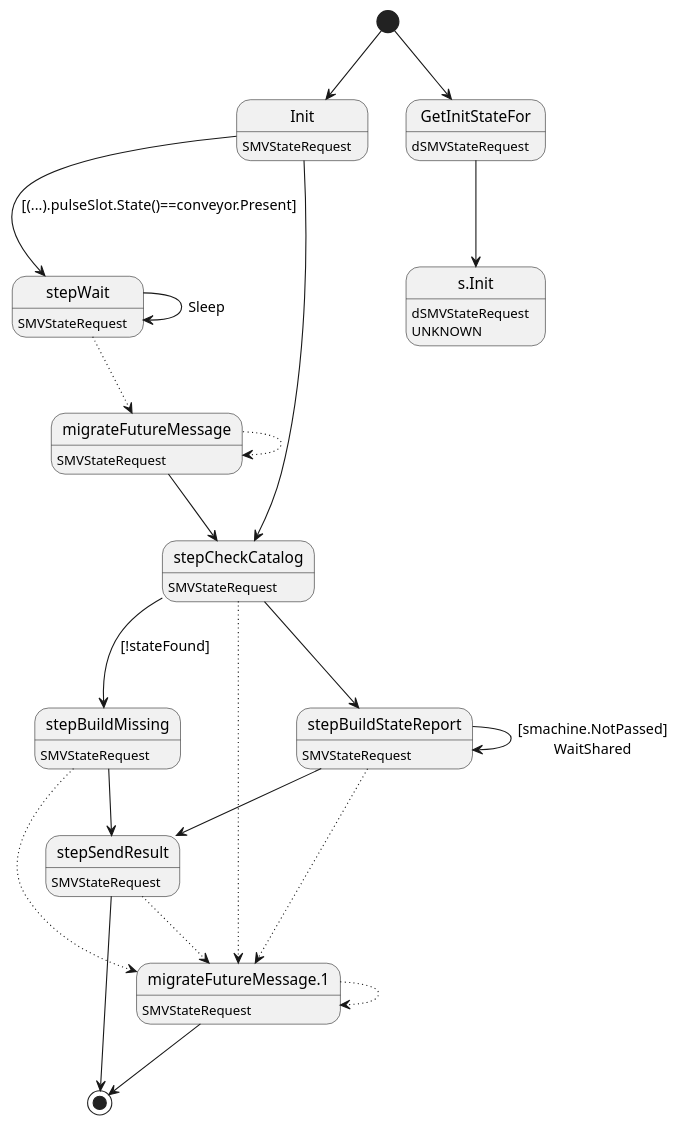
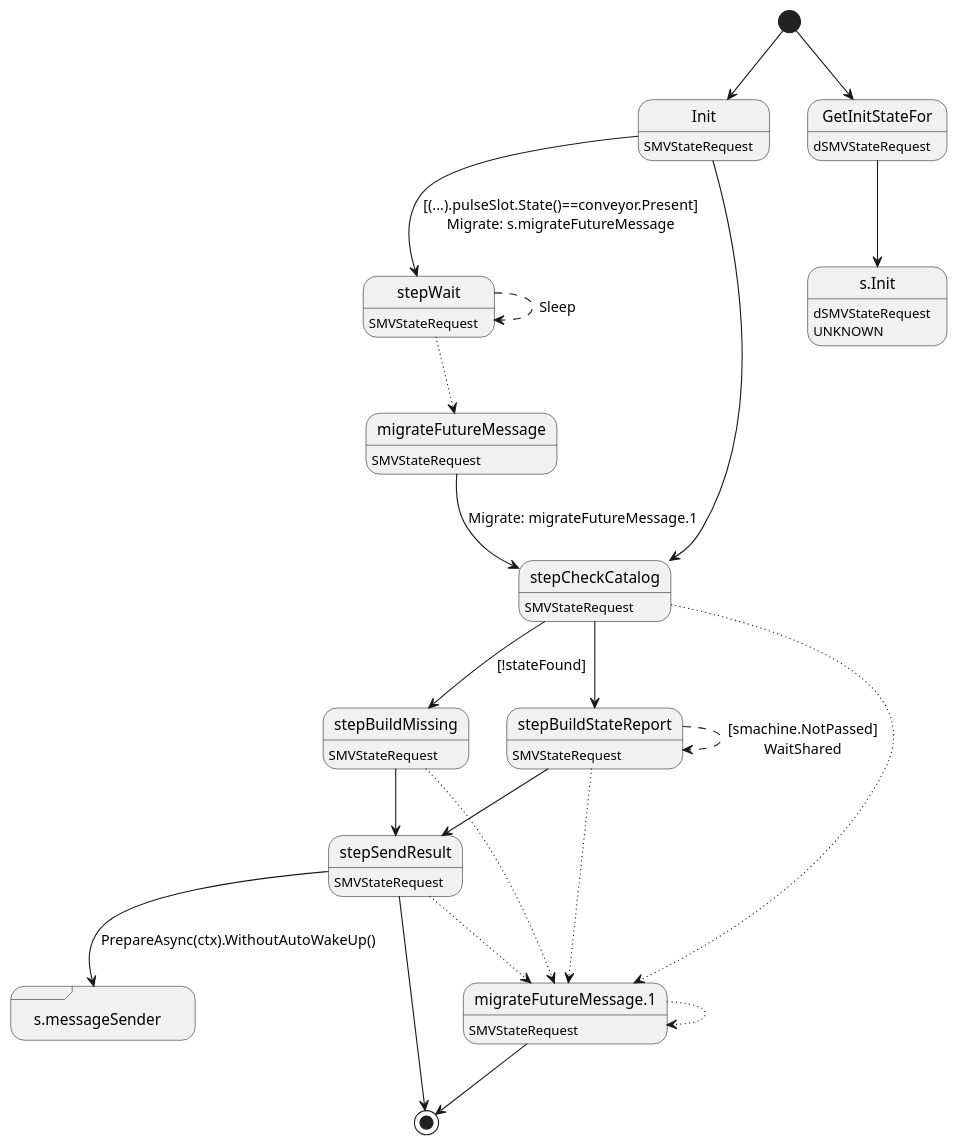
The diagram in ledger-core/virtual/handlers/vstaterequest.plantuml (insolar/assured-ledger), drawn with PlantUML before and after one commit. The commit also changed 15 other files, not shown here.

Commit message:
UML Update

```diff
--- a/ledger-core/virtual/handlers/vstaterequest.plantuml
+++ b/ledger-core/virtual/handlers/vstaterequest.plantuml
@@ -1,44 +1,45 @@
 @startuml
 state "Init" as T01_S003
 T01_S003 : SMVStateRequest
 [*] --> T01_S003
-T01_S003 --> T01_S004 : [(...).pulseSlot.State()==conveyor.Present]\n
+T01_S003 --> T01_S004 : [(...).pulseSlot.State()==conveyor.Present]\nMigrate: s.migrateFutureMessage
 T01_S003 --> T01_S005
 state "migrateFutureMessage" as T01_S001
 T01_S001 : SMVStateRequest
-T01_S001 --[dotted]> T01_S001
-T01_S001 --> T01_S005
+T01_S001 --> T01_S005 : Migrate: migrateFutureMessage.1
 state "migrateFutureMessage.1" as T01_S002
 T01_S002 : SMVStateRequest
 T01_S002 --[dotted]> T01_S002
-T01_S002 -->[*]
+T01_S002 --> [*]
+state "s.messageSender" as T01_S009 <<sdlreceive>>
 state "stepBuildMissing" as T01_S006
 T01_S006 : SMVStateRequest
 T01_S006 --[dotted]> T01_S002
 T01_S006 --> T01_S008
 state "stepBuildStateReport" as T01_S007
 T01_S007 : SMVStateRequest
 T01_S007 --[dotted]> T01_S002
-T01_S007 -> T01_S007 : [smachine.NotPassed]\nWaitShared
+T01_S007 --[dashed]> T01_S007 : [smachine.NotPassed]\nWaitShared
 T01_S007 --> T01_S008
 state "stepCheckCatalog" as T01_S005
 T01_S005 : SMVStateRequest
 T01_S005 --[dotted]> T01_S002
-T01_S005 --> T01_S006 : [!stateFound]\n
+T01_S005 --> T01_S006 : [!stateFound]
 T01_S005 --> T01_S007
 state "stepSendResult" as T01_S008
 T01_S008 : SMVStateRequest
 T01_S008 --[dotted]> T01_S002
-T01_S008 -->[*]
+T01_S008 --> T01_S009 : PrepareAsync(ctx).WithoutAutoWakeUp()
+T01_S008 --> [*]
 state "stepWait" as T01_S004
 T01_S004 : SMVStateRequest
 T01_S004 --[dotted]> T01_S001
-T01_S004 -> T01_S004 : Sleep
+T01_S004 --[dashed]> T01_S004 : Sleep
 state "GetInitStateFor" as T00_S001
 T00_S001 : dSMVStateRequest
 [*] --> T00_S001
 state "s.Init" as T00_U001
 T00_U001 : dSMVStateRequest
 T00_U001 : UNKNOWN 
 T00_S001 --> T00_U001
 @enduml
```
